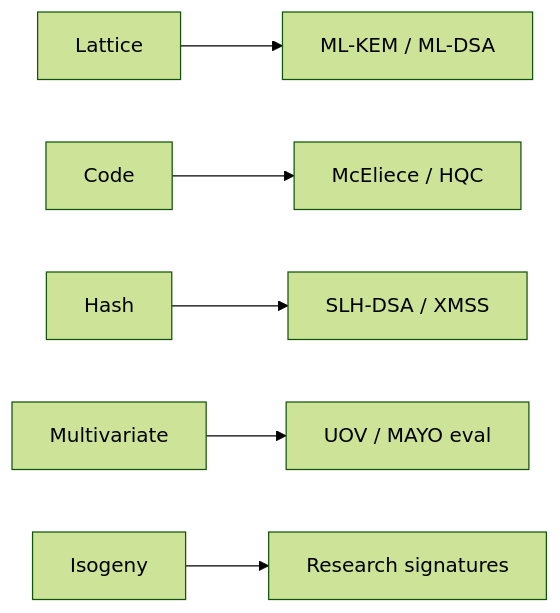
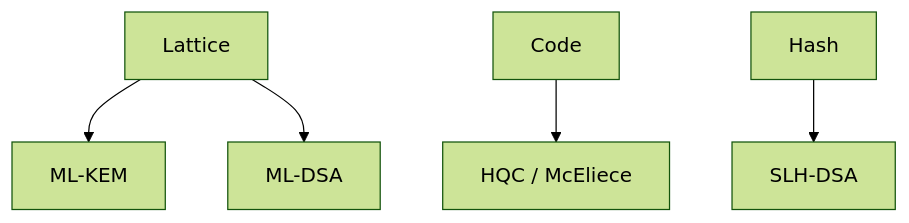
One commit to kalyogyogi-ui/Ai-check- changed the first of 2 diagrams in manuscript/chapters/04-pqc-overview.md. Above: the diagram before and after it, drawn with Mermaid (forest theme). The commit also changed other lines of this file and 31 other files, not shown here.

First line of the commit message:
Fix figure placement: in-section after intro text, repair corrupted headings

````diff
--- a/manuscript/chapters/04-pqc-overview.md
+++ b/manuscript/chapters/04-pqc-overview.md
@@ -7,8 +47,7 @@
 ```mermaid
-flowchart LR
-  L[Lattice] --> KEM[ML-KEM / ML-DSA]
-  C[Code] --> MCE[McEliece / HQC]
-  H[Hash] --> SLH[SLH-DSA / XMSS]
-  M[Multivariate] --> UOV[UOV / MAYO eval]
-  I[Isogeny] --> EXP[Research signatures]
+flowchart TB
+  L[Lattice] --> KEM[ML-KEM]
+  L --> SIG[ML-DSA]
+  C[Code] --> HQC[HQC / McEliece]
+  H[Hash] --> SLH[SLH-DSA]
 ```
````
